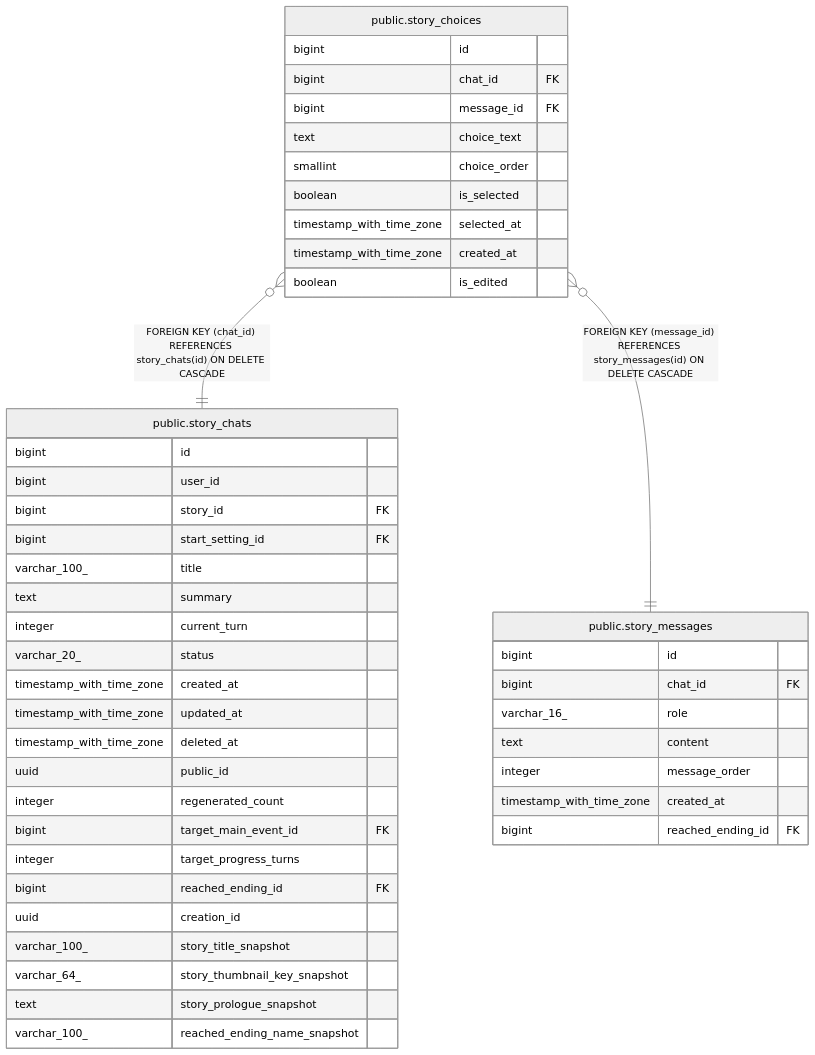
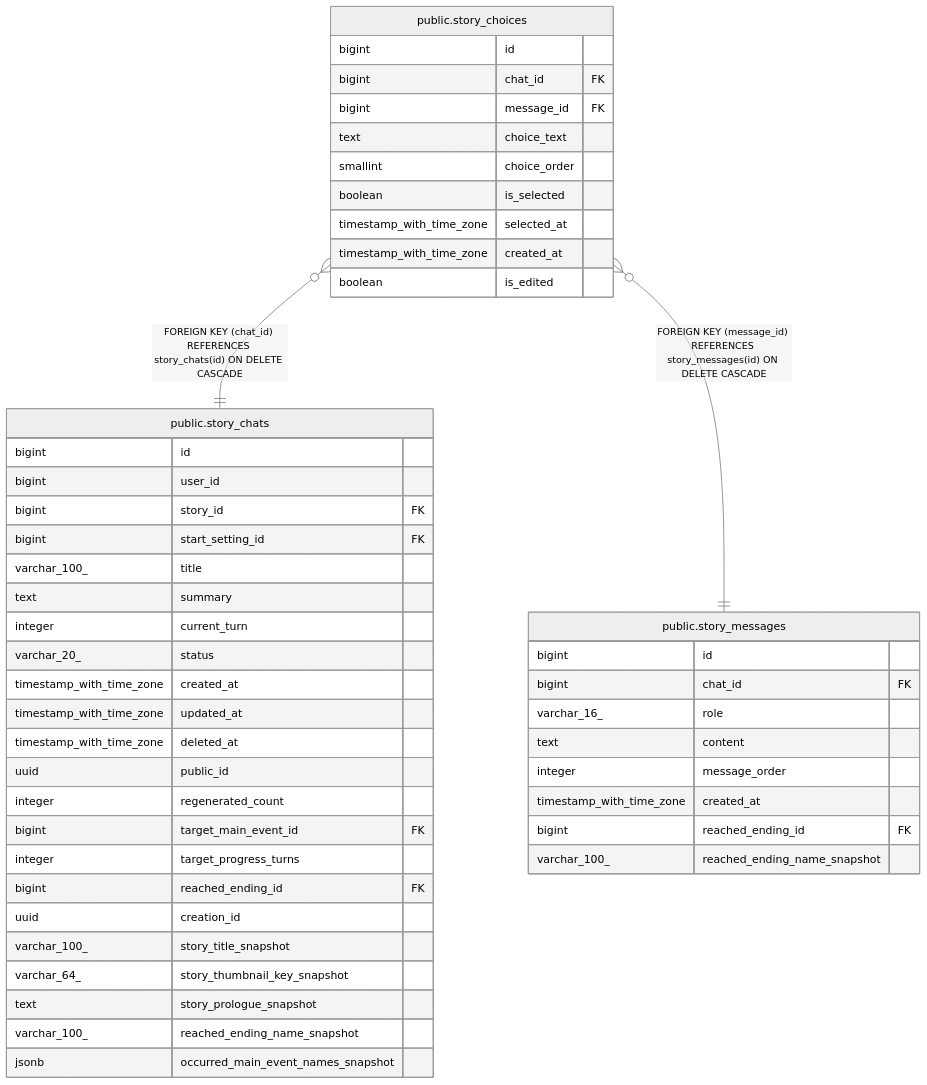
One commit to KIM-N-KANG/manyak-server changed the diagram in dbdoc/public.story_choices.md. Above: the diagram before and after it, drawn with Mermaid (neutral theme). The commit also changed 47 other files, not shown here.

````diff
--- a/dbdoc/public.story_choices.md
+++ b/dbdoc/public.story_choices.md
@@ -38,50 +38,52 @@
 ```mermaid
 erDiagram
 
 "public.story_choices" }o--|| "public.story_chats" : "FOREIGN KEY (chat_id) REFERENCES story_chats(id) ON DELETE CASCADE"
 "public.story_choices" }o--|| "public.story_messages" : "FOREIGN KEY (message_id) REFERENCES story_messages(id) ON DELETE CASCADE"
 
 "public.story_choices" {
   bigint id
   bigint chat_id FK
   bigint message_id FK
   text choice_text
   smallint choice_order
   boolean is_selected
   timestamp_with_time_zone selected_at
   timestamp_with_time_zone created_at
   boolean is_edited
 }
 "public.story_chats" {
   bigint id
   bigint user_id
   bigint story_id FK
   bigint start_setting_id FK
   varchar_100_ title
   text summary
   integer current_turn
   varchar_20_ status
   timestamp_with_time_zone created_at
   timestamp_with_time_zone updated_at
   timestamp_with_time_zone deleted_at
   uuid public_id
   integer regenerated_count
   bigint target_main_event_id FK
   integer target_progress_turns
   bigint reached_ending_id FK
   uuid creation_id
   varchar_100_ story_title_snapshot
   varchar_64_ story_thumbnail_key_snapshot
   text story_prologue_snapshot
   varchar_100_ reached_ending_name_snapshot
+  jsonb occurred_main_event_names_snapshot
 }
 "public.story_messages" {
   bigint id
   bigint chat_id FK
   varchar_16_ role
   text content
   integer message_order
   timestamp_with_time_zone created_at
   bigint reached_ending_id FK
+  varchar_100_ reached_ending_name_snapshot
 }
 ```
````
